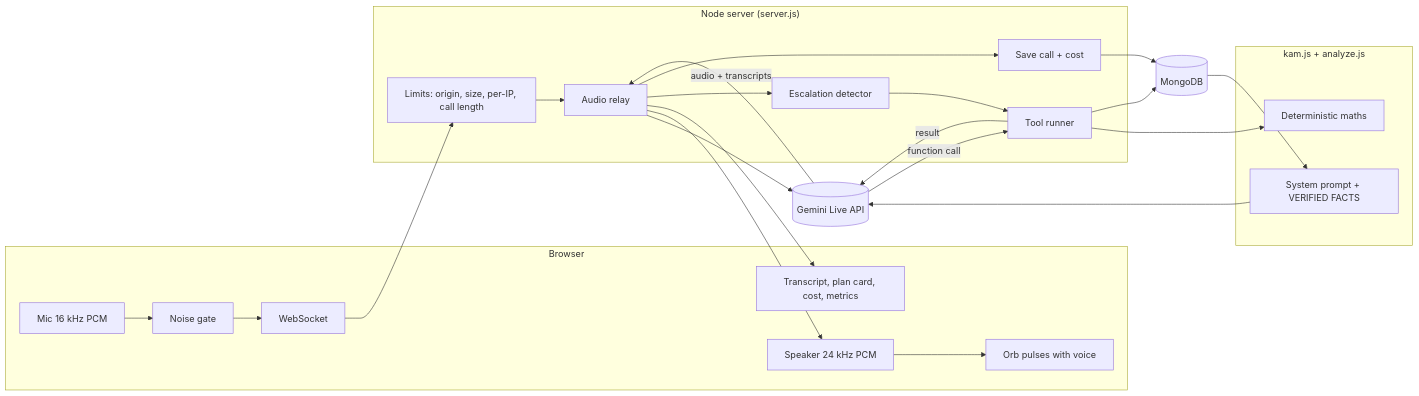
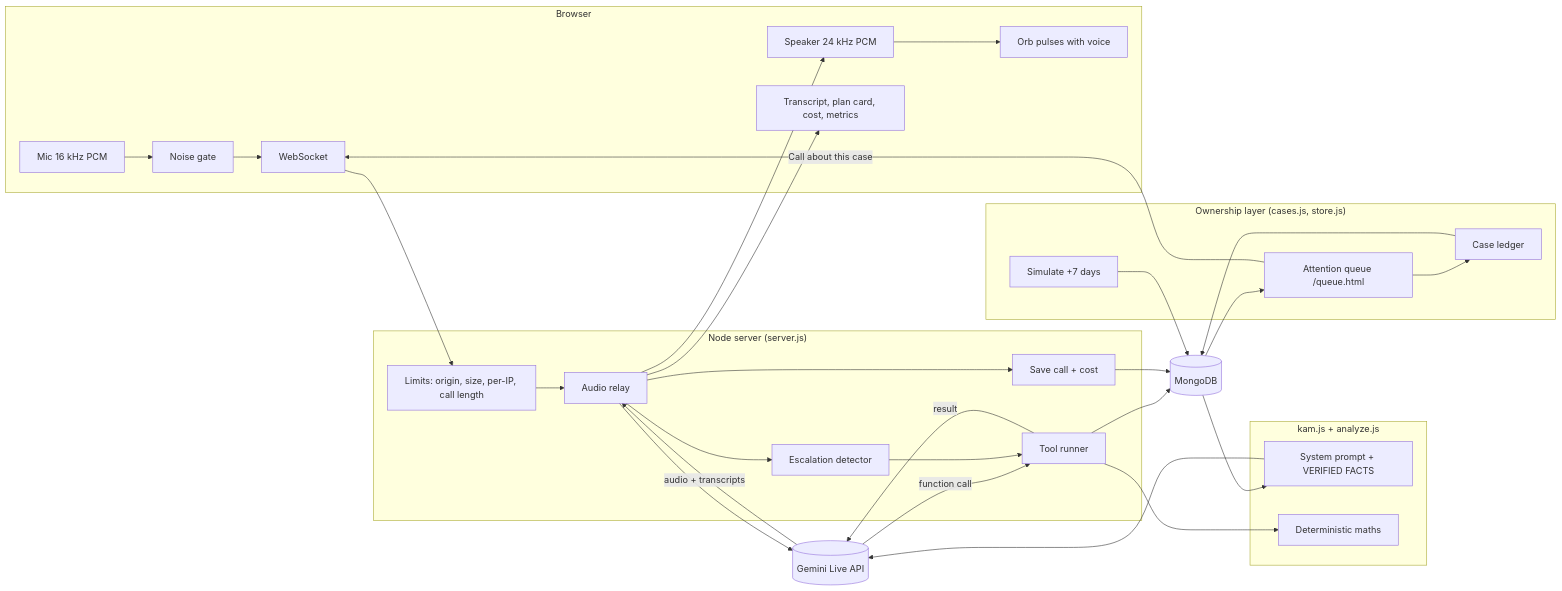
The diagram in README.md (KushKK29/Voice_Agent), drawn with Mermaid before and after one commit. The commit also changed other lines of this file and 1 other file, not shown here.

Commit message:
feat: enhance ownership layer with case management and automated call features; improve action gating and simulation outcomes

````diff
--- a/README.md
+++ b/README.md
@@ -37,32 +40,40 @@
 ```mermaid
 flowchart LR
   subgraph Browser
     MIC[Mic 16 kHz PCM] --> GATE[Noise gate]
     GATE --> WS1[WebSocket]
     PLAY[Speaker 24 kHz PCM] --> ORB[Orb pulses with voice]
     UI[Transcript, plan card, cost, metrics]
   end
   subgraph Server["Node server (server.js)"]
     LIM[Limits: origin, size, per-IP, call length]
     RELAY[Audio relay]
     TOOLS[Tool runner]
     SAVE[Save call + cost]
     ESC[Escalation detector]
   end
   subgraph Brain["kam.js + analyze.js"]
     PROMPT[System prompt + VERIFIED FACTS]
     MATHS[Deterministic maths]
   end
+  subgraph Own["Ownership layer (cases.js, store.js)"]
+    QUEUE[Attention queue /queue.html]
+    CASES[Case ledger]
+    SIM[Simulate +7 days]
+  end
   GEM[(Gemini Live API)]
   DB[(MongoDB)]
+  DB --> QUEUE --> CASES --> DB
+  SIM --> DB
+  QUEUE -- Call about this case --> WS1
   WS1 --> LIM --> RELAY --> GEM
   GEM -- audio + transcripts --> RELAY --> PLAY
   RELAY --> UI
   GEM -- function call --> TOOLS --> MATHS
   TOOLS --> DB
   TOOLS -- result --> GEM
   PROMPT --> GEM
   RELAY --> ESC --> TOOLS
   RELAY --> SAVE --> DB
   DB --> PROMPT
 ```
````
